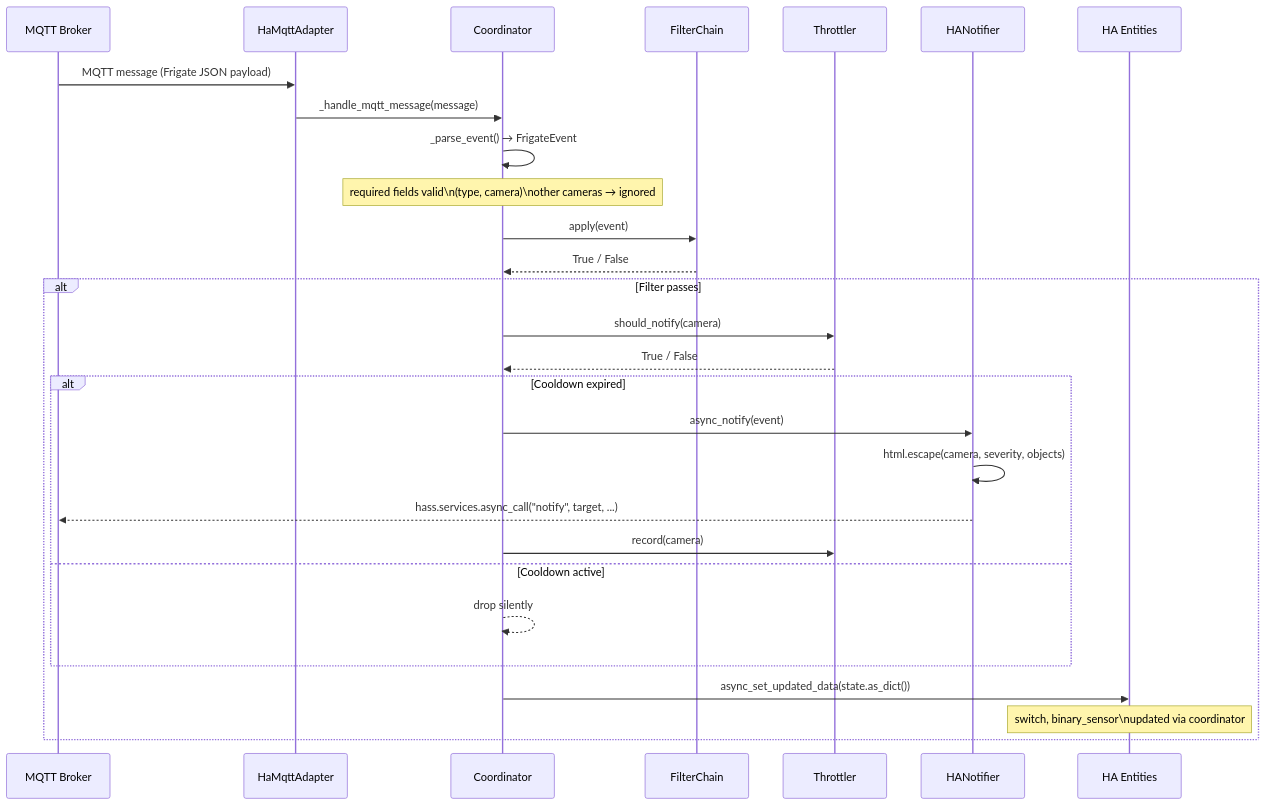
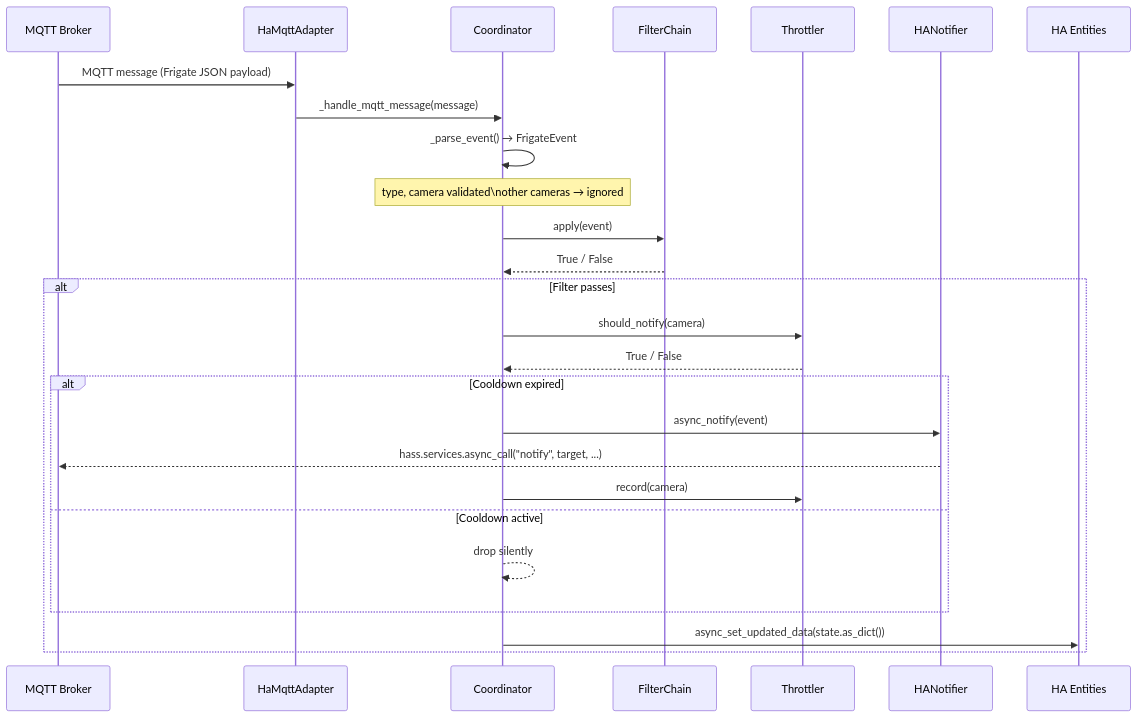
One commit to trowaflo/frigate-event-manager changed the second of 5 diagrams in docs/architecture.md. Above: the diagram before and after it, drawn with Mermaid. The commit also changed other lines of this file and 1 other file, not shown here.

Commit message:
docs: rationalize documentation — README, architecture, notifications

````diff
--- a/docs/architecture.md
+++ b/docs/architecture.md
@@ -74,35 +72,33 @@
 ```mermaid
 sequenceDiagram
     participant B as MQTT Broker
     participant A as HaMqttAdapter
     participant C as Coordinator
     participant F as FilterChain
     participant T as Throttler
     participant N as HANotifier
     participant E as HA Entities
 
     B->>A: MQTT message (Frigate JSON payload)
     A->>C: _handle_mqtt_message(message)
     C->>C: _parse_event() → FrigateEvent
-    Note over C: required fields valid\n(type, camera)\nother cameras → ignored
+    Note over C: type, camera validated\nother cameras → ignored
 
     C->>F: apply(event)
     F-->>C: True / False
 
     alt Filter passes
         C->>T: should_notify(camera)
         T-->>C: True / False
 
         alt Cooldown expired
             C->>N: async_notify(event)
-            N->>N: html.escape(camera, severity, objects)
             N-->>B: hass.services.async_call("notify", target, ...)
             C->>T: record(camera)
         else Cooldown active
             C-->>C: drop silently
         end
 
         C->>E: async_set_updated_data(state.as_dict())
-        Note over E: switch, binary_sensor\nupdated via coordinator
     end
 ```
````
